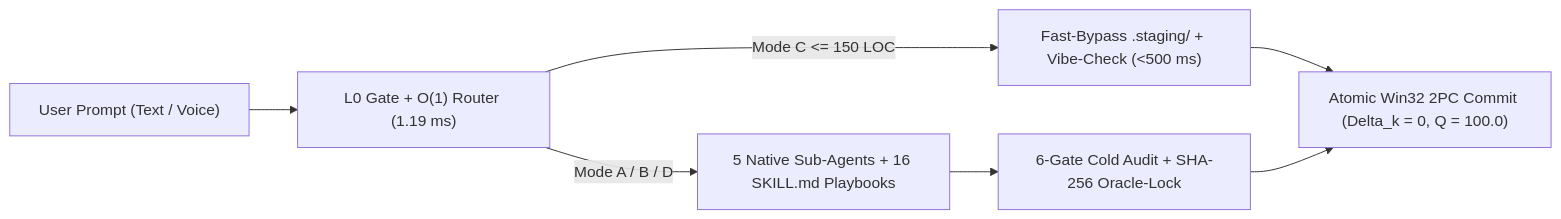
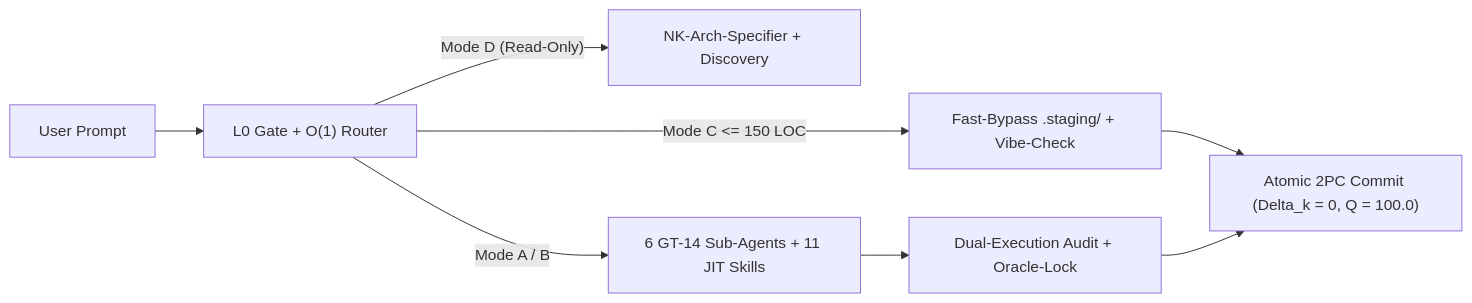
The diagram in nk_docs_and_setup/README.md (erbaldo86/NK-Hub), drawn with Mermaid before and after one commit. The commit also changed other lines of this file and 436 other files, not shown here.

````diff
--- a/nk_docs_and_setup/README.md
+++ b/nk_docs_and_setup/README.md
@@ -136,9 +87,10 @@
 ```mermaid
 flowchart LR
-    U["User Prompt (Text / Voice)"] --> R["L0 Gate + O(1) Router (1.19 ms)"]
-    R -->|"Mode C <= 150 LOC"| FB["Fast-Bypass .staging/ + Vibe-Check (<500 ms)"]
-    R -->|"Mode A / B / D"| S["5 Native Sub-Agents + 16 SKILL.md Playbooks"]
-    FB --> C["Atomic Win32 2PC Commit (Delta_k = 0, Q = 100.0)"]
-    S --> A["6-Gate Cold Audit + SHA-256 Oracle-Lock"]
+    U["User Prompt"] --> R["L0 Gate + O(1) Router"]
+    R -->|"Mode D (Read-Only)"| RO["NK-Arch-Specifier + Discovery"]
+    R -->|"Mode C <= 150 LOC"| FB["Fast-Bypass .staging/ + Vibe-Check"]
+    R -->|"Mode A / B"| S["6 GT-14 Sub-Agents + 11 JIT Skills"]
+    S --> A["Dual-Execution Audit + Oracle-Lock"]
+    FB --> C["Atomic 2PC Commit (Delta_k = 0, Q = 100.0)"]
     A --> C
 ```
````
